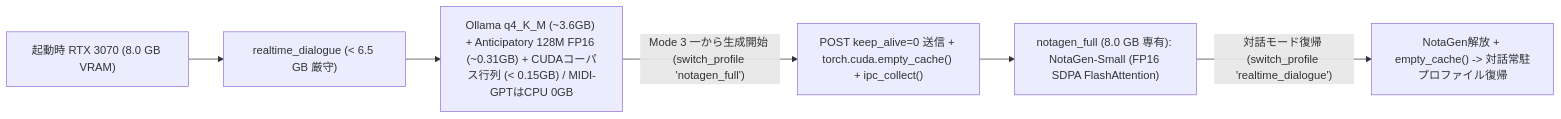
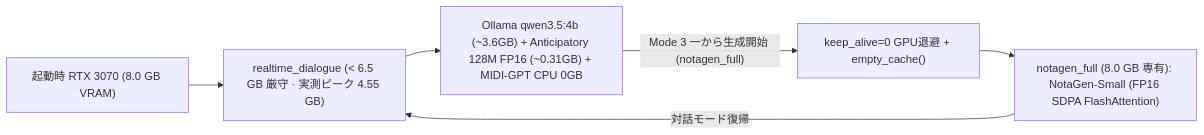
One commit to AI-Avalon/Disklavier-Auto changed the third of 5 diagrams in README.md. Above: the diagram before and after it, drawn with Mermaid. The commit also changed other lines of this file and 154 other files, not shown here.

````diff
--- a/README.md
+++ b/README.md
@@ -83,8 +174,8 @@
 ```mermaid
 flowchart LR
-    Boot["起動時 RTX 3070 (8.0 GB VRAM)"] --> RT["realtime_dialogue (< 6.5 GB 厳守)"]
-    RT --> RTDetail["Ollama q4_K_M (~3.6GB) + Anticipatory 128M FP16 (~0.31GB) + CUDAコーパス行列 (< 0.15GB) / MIDI-GPTはCPU 0GB"]
-    RTDetail -->|"Mode 3 一から生成開始 (switch_profile 'notagen_full')"| EvictO["POST keep_alive=0 送信 + torch.cuda.empty_cache() + ipc_collect()"]
+    Boot["起動時 RTX 3070 (8.0 GB VRAM)"] --> RT["realtime_dialogue (< 6.5 GB 厳守 · 実測ピーク 4.55 GB)"]
+    RT --> RTDetail["Ollama qwen3.5:4b (~3.6GB) + Anticipatory 128M FP16 (~0.31GB) + MIDI-GPT CPU 0GB"]
+    RTDetail -->|"Mode 3 一から生成開始 (notagen_full)"| EvictO["keep_alive=0 GPU退避 + empty_cache()"]
     EvictO --> NG["notagen_full (8.0 GB 専有): NotaGen-Small (FP16 SDPA FlashAttention)"]
-    NG -->|"対話モード復帰 (switch_profile 'realtime_dialogue')"| EvictN["NotaGen解放 + empty_cache() -> 対話常駐プロファイル復帰"]
+    NG -->|"対話モード復帰"| RT
 ```
````
